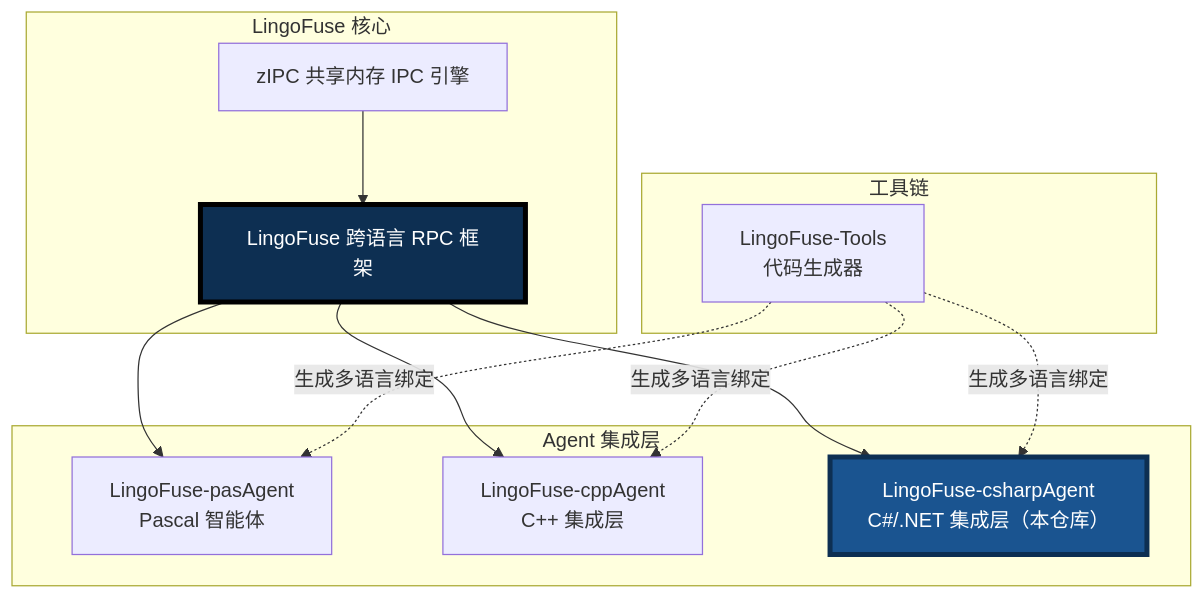
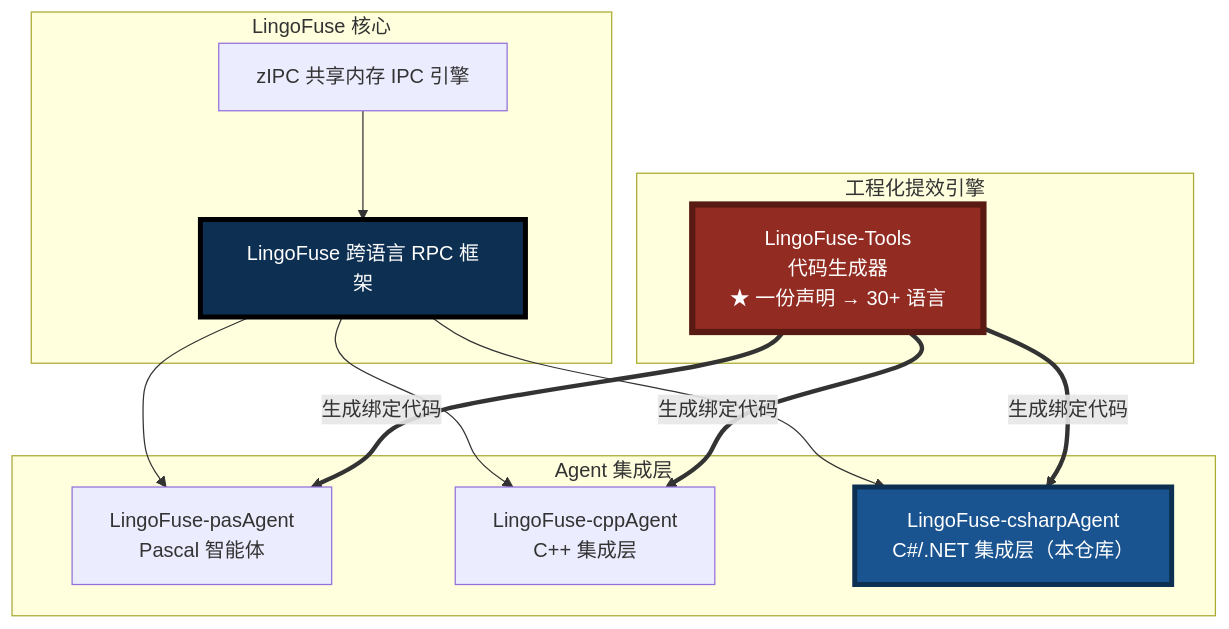
Before and after one commit to PassByYou888/LingoFuse-csharpAgent: the second of 2 diagrams in README.md, drawn with Mermaid. The commit also changed other lines of this file, not shown here.

First line of the commit message:
Highlight LingoFuse-Tools as core engine

````diff
--- a/README.md
+++ b/README.md
@@ -165,28 +236,30 @@
 ```mermaid
 flowchart TB
     subgraph Core["LingoFuse 核心"]
         LF["LingoFuse 跨语言 RPC 框架"]
         ZIPC["zIPC 共享内存 IPC 引擎"]
+    end
+
+    subgraph Engine["工程化提效引擎"]
+        LT["LingoFuse-Tools<br/>代码生成器<br/>★ 一份声明 → 30+ 语言"]
     end
 
     subgraph Agents["Agent 集成层"]
         PAS["LingoFuse-pasAgent<br/>Pascal 智能体"]
         CPP["LingoFuse-cppAgent<br/>C++ 集成层"]
         CS["LingoFuse-csharpAgent<br/>C#/.NET 集成层（本仓库）"]
     end
 
-    subgraph Tools["工具链"]
-        LT["LingoFuse-Tools<br/>代码生成器"]
-    end
-
+    ZIPC --> LF
     LF --> PAS
     LF --> CPP
     LF --> CS
-    ZIPC --> LF
-    LT -.->|"生成多语言绑定"| PAS
-    LT -.->|"生成多语言绑定"| CPP
-    LT -.->|"生成多语言绑定"| CS
 
+    LT ==>|"生成绑定代码"| PAS
+    LT ==>|"生成绑定代码"| CPP
+    LT ==>|"生成绑定代码"| CS
+
+    style LT fill:#922B21,stroke:#5A1A14,stroke-width:5px,color:#FFFFFF
     style CS fill:#1A5490,stroke:#0D2F52,stroke-width:4px,color:#FFFFFF
     style LF fill:#0D2F52,stroke:#000000,stroke-width:4px,color:#FFFFFF
 ```
````
